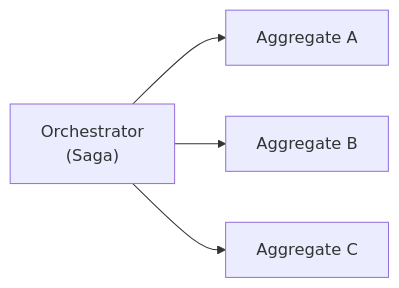
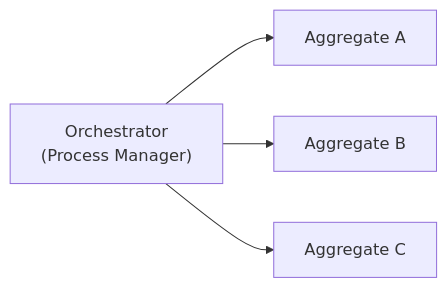
One commit to angzarr-io/angzarr-project changed the first of 2 diagrams in site/src/content/docs/glossary/orchestration.md. Above: the diagram before and after it, drawn with Mermaid. The commit also changed other lines of this file and 52 other files, not shown here.

````diff
--- a/site/src/content/docs/glossary/orchestration.md
+++ b/site/src/content/docs/glossary/orchestration.md
@@ -12,6 +12,6 @@
 ```mermaid
 flowchart LR
-    O["Orchestrator<br/>(Saga)"] --> A[Aggregate A]
+    O["Orchestrator<br/>(Process Manager)"] --> A[Aggregate A]
     O --> B[Aggregate B]
     O --> C[Aggregate C]
 ```
````
